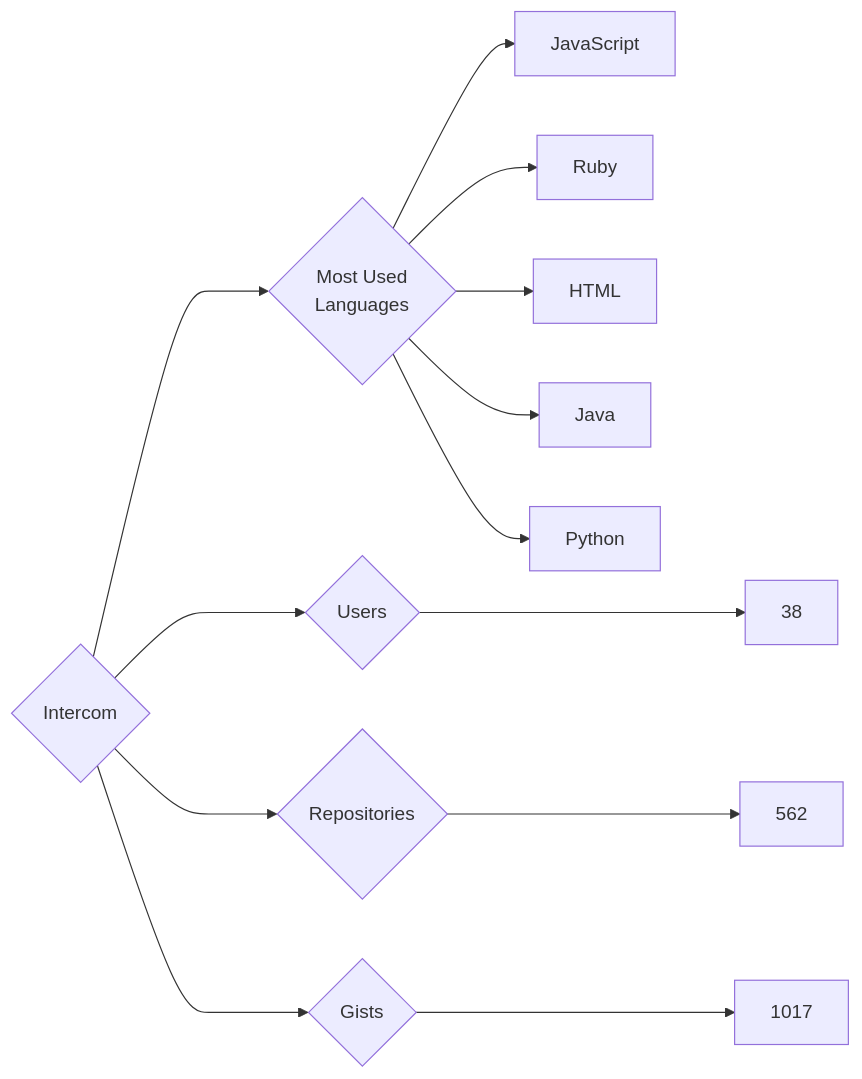
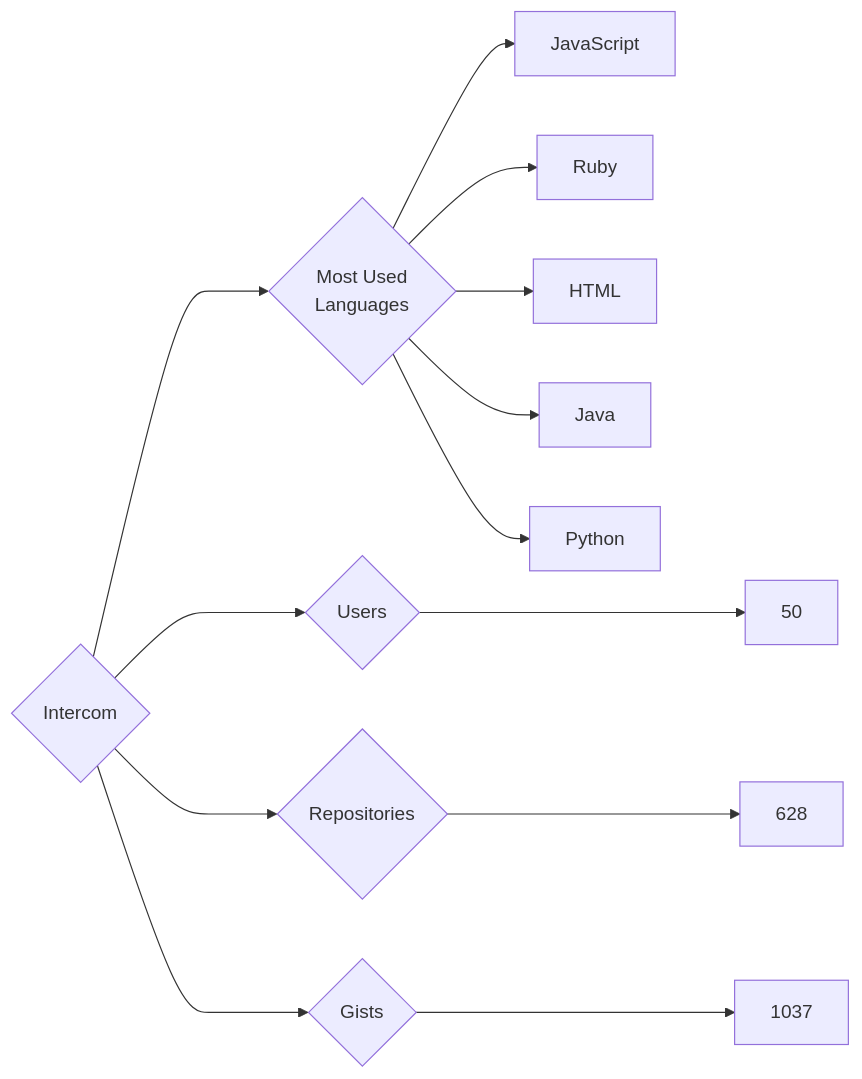
One commit to trickest/insiders changed the diagram in targets/Intercom/README.md. Above: the diagram before and after it, drawn with Mermaid. The commit also changed 752 other files, not shown here.

````diff
--- a/targets/Intercom/README.md
+++ b/targets/Intercom/README.md
@@ -3,13 +3,13 @@
 ```mermaid
 graph LR
 COMPANY_NAME{Intercom}
-COMPANY_NAME ---> U{Users} ---> UN[38]
-COMPANY_NAME ---> R{Repositories} ---> RN[562]
-COMPANY_NAME ---> G{Gists} ---> GN[1017]
+COMPANY_NAME ---> U{Users} ---> UN[50]
+COMPANY_NAME ---> R{Repositories} ---> RN[628]
+COMPANY_NAME ---> G{Gists} ---> GN[1037]
 COMPANY_NAME ---> ML{Most Used<br>Languages}
 ML --> JavaScript[JavaScript]
 ML --> Ruby[Ruby]
 ML --> HTML[HTML]
 ML --> Java[Java]
 ML --> Python[Python]
 ```
````
